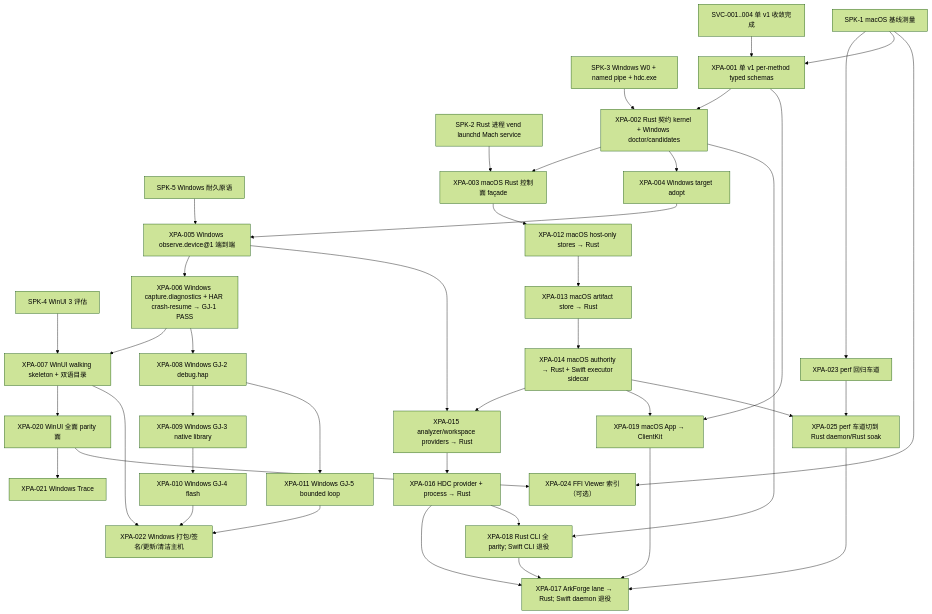
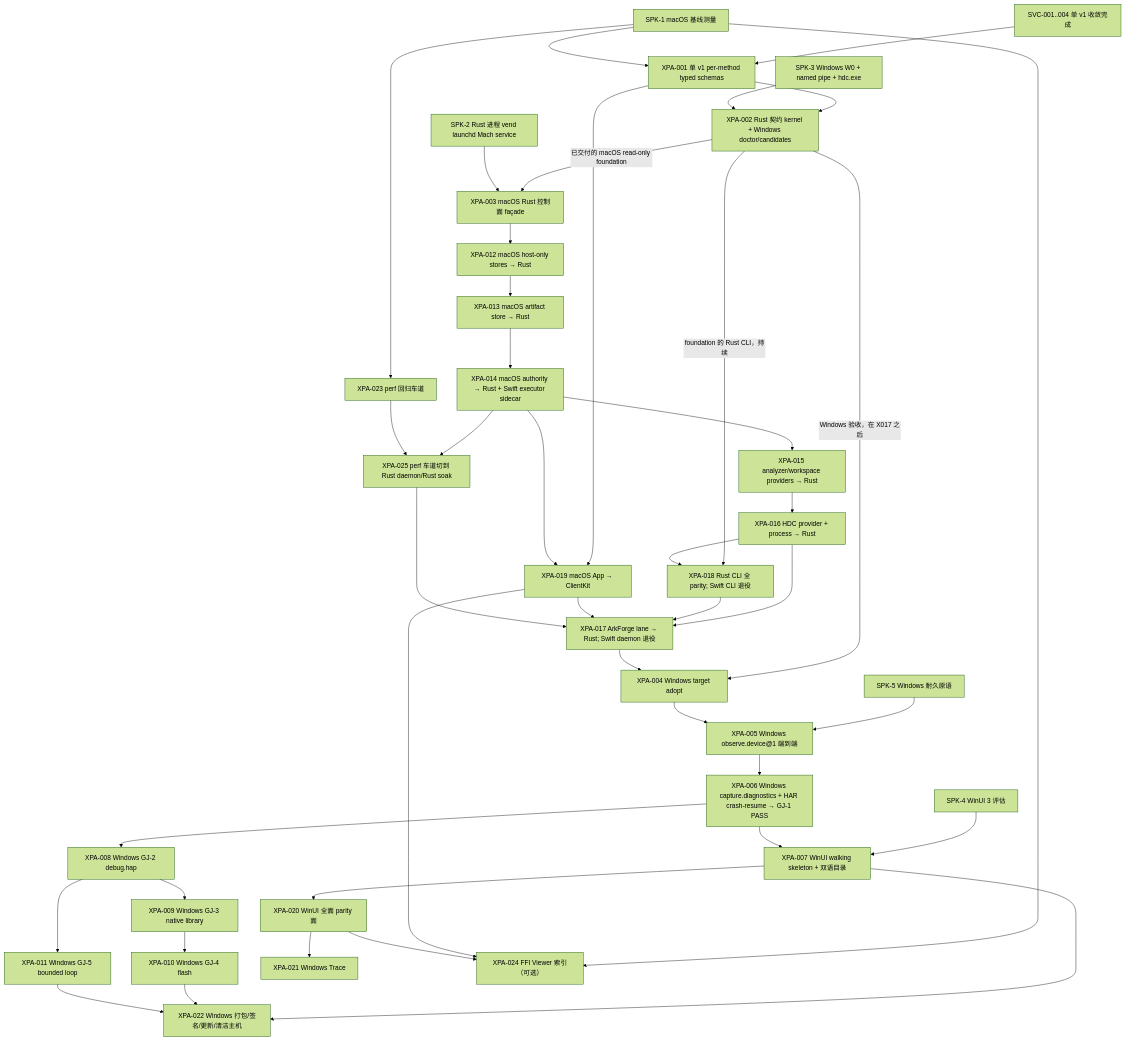
Before and after one commit to ArkDeck/ArkDeck: the sixth of 6 diagrams in docs/design/cross-platform/rust-core-cross-platform-architecture.md, drawn with Mermaid (forest theme). The commit also changed other lines of this file and 4 other files, not shown here.

````diff
--- a/docs/design/cross-platform/rust-core-cross-platform-architecture.md
+++ b/docs/design/cross-platform/rust-core-cross-platform-architecture.md
@@ -694,67 +696,68 @@
 ```mermaid
 flowchart TD
   SPK1[SPK-1 macOS 基线测量]
   SPK2[SPK-2 Rust 进程 vend launchd Mach service]
   SPK3[SPK-3 Windows W0 + named pipe + hdc.exe]
   SPK4[SPK-4 WinUI 3 评估]
   SPK5[SPK-5 Windows 耐久原语]
   SVC[SVC-001..004 单 v1 收敛完成]
   X001[XPA-001 单 v1 per-method typed schemas]
   SVC --> X001
   X002[XPA-002 Rust 契约 kernel + Windows doctor/candidates]
   X003[XPA-003 macOS Rust 控制面 façade]
   X004[XPA-004 Windows target adopt]
   X005[XPA-005 Windows observe.device@1 端到端]
   X006[XPA-006 Windows capture.diagnostics + HAR crash-resume → GJ-1 PASS]
   X007[XPA-007 WinUI walking skeleton + 双语目录]
   X008[XPA-008 Windows GJ-2 debug.hap]
   X009[XPA-009 Windows GJ-3 native library]
   X010[XPA-010 Windows GJ-4 flash]
   X011[XPA-011 Windows GJ-5 bounded loop]
   X012[XPA-012 macOS host-only stores → Rust]
   X013[XPA-013 macOS artifact store → Rust]
   X014[XPA-014 macOS authority → Rust + Swift executor sidecar]
   X015[XPA-015 analyzer/workspace providers → Rust]
   X016[XPA-016 HDC provider + process → Rust]
   X017[XPA-017 ArkForge lane → Rust; Swift daemon 退役]
   X018[XPA-018 Rust CLI 全 parity; Swift CLI 退役]
   X019[XPA-019 macOS App → ClientKit]
   X020[XPA-020 WinUI 全面 parity 面]
   X021[XPA-021 Windows Trace]
   X022[XPA-022 Windows 打包/签名/更新/清洁主机]
   X023[XPA-023 perf 回归车道]
   X024[XPA-024 FFI Viewer 索引（可选）]
   X025[XPA-025 perf 车道切到 Rust daemon/Rust soak]
   SPK1 --> X023
   SPK1 --> X001
   X001 --> X002
   SPK3 --> X002
   SPK5 --> X005
-  X002 --> X003
+  X002 -->|已交付的 macOS read-only foundation| X003
   SPK2 --> X003
-  X002 --> X004 --> X005 --> X006
+  X002 -->|Windows 验收，在 X017 之后| X004 --> X005 --> X006
+  X017 --> X004
   SPK4 --> X007
   X006 --> X007
   X006 --> X008 --> X009 --> X010
   X008 --> X011
   X003 --> X012 --> X013 --> X014
   X014 --> X015 --> X016
   X016 --> X017
   X018 --> X017
   X019 --> X017
-  X005 --> X015
-  X002 --> X018
+  X002 -->|foundation 的 Rust CLI，持续| X018
   X016 --> X018
   X001 --> X019
   X014 --> X019
   X007 --> X020
   X020 --> X021
   X007 --> X022
   X010 --> X022
   X011 --> X022
   SPK1 --> X024
+  X019 --> X024
   X020 --> X024
   X014 --> X025
   X023 --> X025
   X025 --> X017
 ```
````
